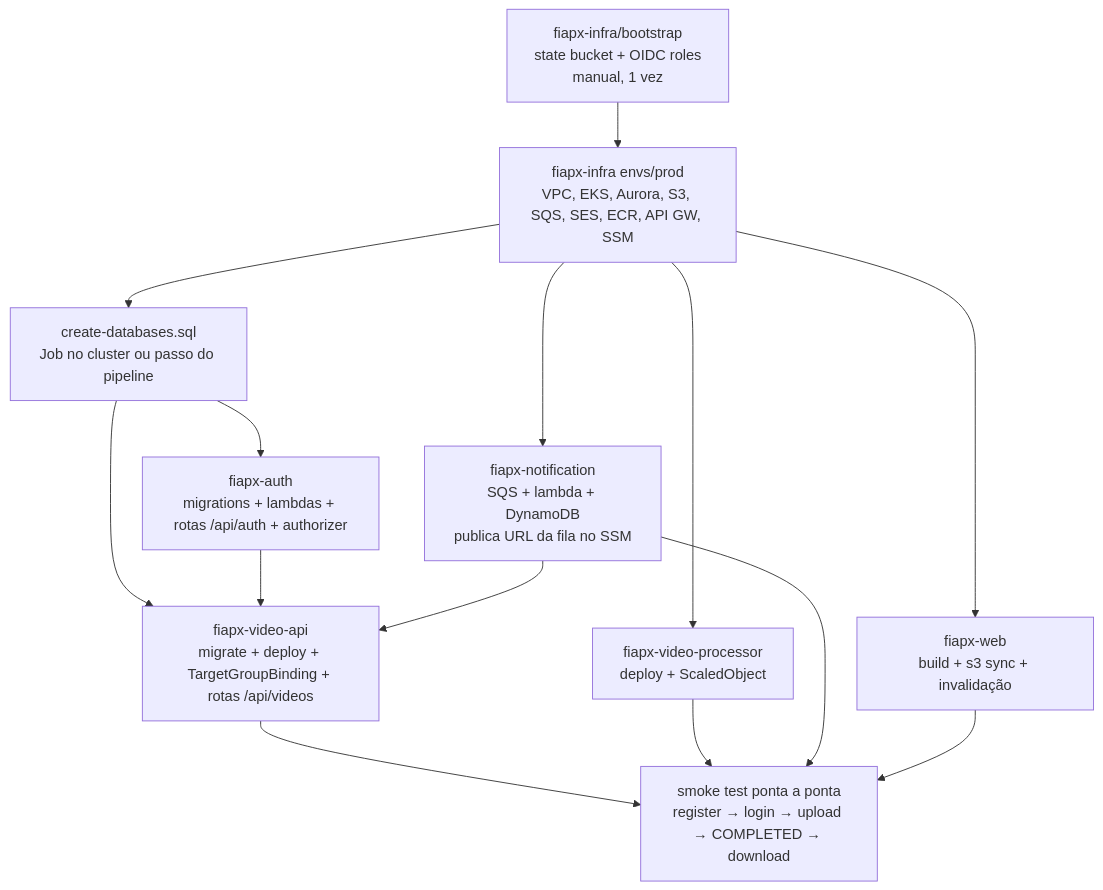
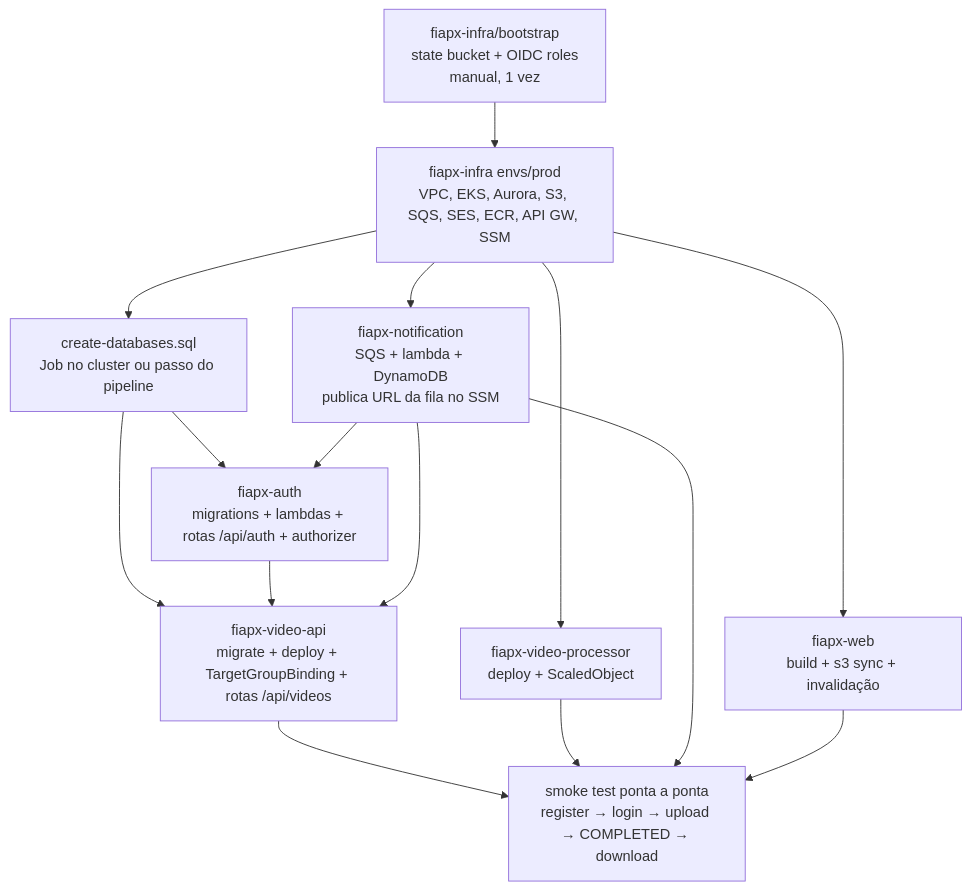
One commit to hackathon-fiap-soat/fiapx-docs changed the second of 2 diagrams in 06-deploy/fluxo-de-deploy.md. Above: the diagram before and after it, drawn with Mermaid. The commit also changed other lines of this file and 129 other files, not shown here.

First line of the commit message:
docs: recuperação e troca de senha + diagramas organizados por assunto (#4)

````diff
--- a/06-deploy/fluxo-de-deploy.md
+++ b/06-deploy/fluxo-de-deploy.md
@@ -92,16 +60,17 @@
 ```mermaid
 flowchart TD
   B["fiapx-infra/bootstrap<br/>state bucket + OIDC roles<br/>manual, 1 vez"] --> I["fiapx-infra envs/prod<br/>VPC, EKS, Aurora, S3, SQS, SES, ECR, API GW, SSM"]
   I --> SQL["create-databases.sql<br/>Job no cluster ou passo do pipeline"]
   SQL --> AUTH["fiapx-auth<br/>migrations + lambdas + rotas /api/auth + authorizer"]
   SQL --> API["fiapx-video-api<br/>migrate + deploy + TargetGroupBinding + rotas /api/videos"]
   AUTH --> API
   I --> PROC["fiapx-video-processor<br/>deploy + ScaledObject"]
   I --> NOTIF["fiapx-notification<br/>SQS + lambda + DynamoDB<br/>publica URL da fila no SSM"]
   NOTIF --> API
+  NOTIF --> AUTH
   I --> WEB["fiapx-web<br/>build + s3 sync + invalidação"]
   API --> E2E["smoke test ponta a ponta<br/>register → login → upload → COMPLETED → download"]
   PROC --> E2E
   NOTIF --> E2E
   WEB --> E2E
 ```
````
